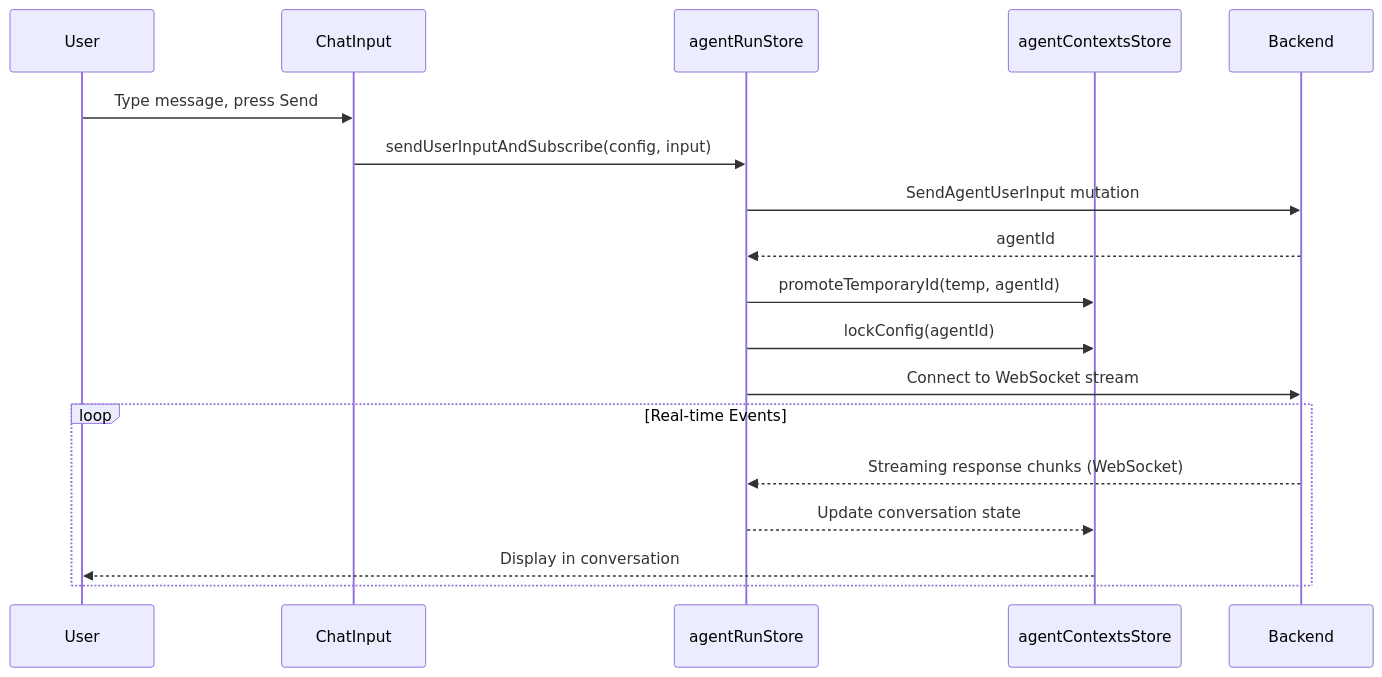
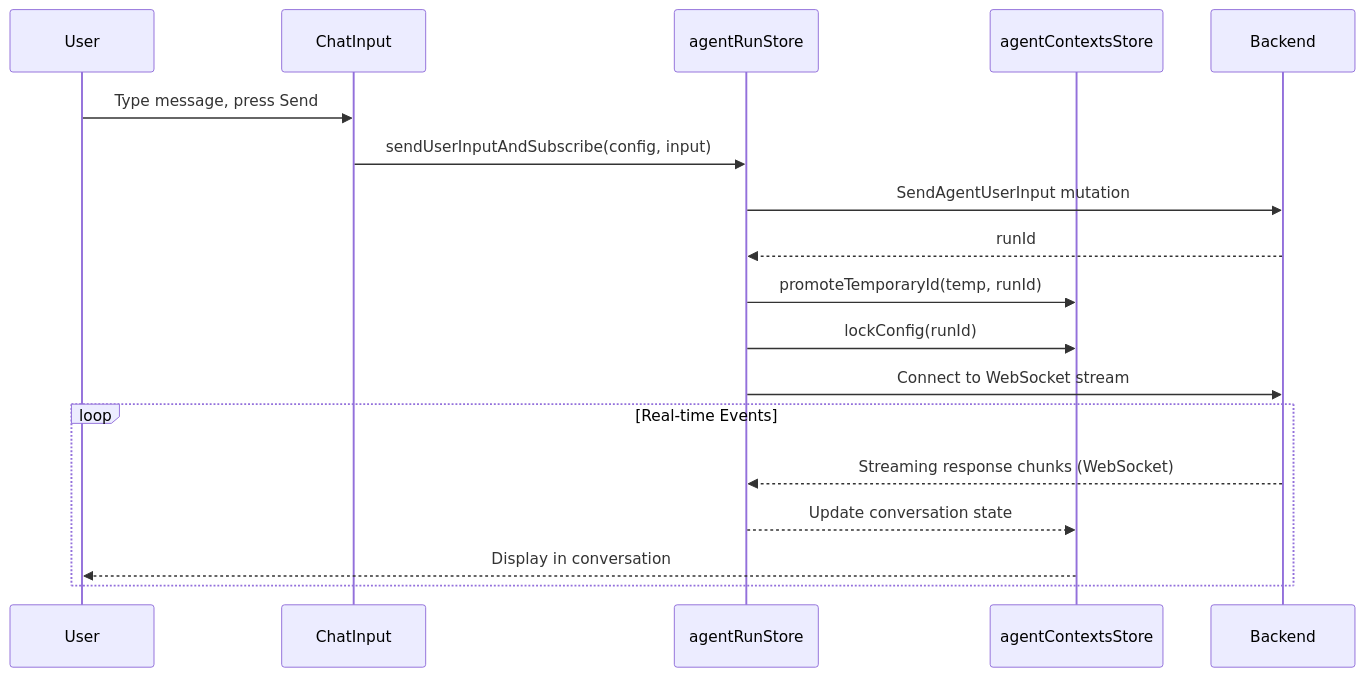
Before and after one commit to AutoByteus/autobyteus-workspace: the third of 3 diagrams in autobyteus-web/docs/agent_management.md, drawn with Mermaid. The commit also changed other lines of this file and 87 other files, not shown here.

````diff
--- a/autobyteus-web/docs/agent_management.md
+++ b/autobyteus-web/docs/agent_management.md
@@ -248,22 +248,22 @@
 ```mermaid
 sequenceDiagram
     participant User
     participant ChatInput
     participant RunStore as agentRunStore
     participant ContextsStore as agentContextsStore
     participant Backend
 
     User->>ChatInput: Type message, press Send
     ChatInput->>RunStore: sendUserInputAndSubscribe(config, input)
     RunStore->>Backend: SendAgentUserInput mutation
-    Backend-->>RunStore: agentId
-    RunStore->>ContextsStore: promoteTemporaryId(temp, agentId)
-    RunStore->>ContextsStore: lockConfig(agentId)
+    Backend-->>RunStore: runId
+    RunStore->>ContextsStore: promoteTemporaryId(temp, runId)
+    RunStore->>ContextsStore: lockConfig(runId)
     RunStore->>Backend: Connect to WebSocket stream
 
     loop Real-time Events
         Backend-->>RunStore: Streaming response chunks (WebSocket)
         RunStore-->>ContextsStore: Update conversation state
         ContextsStore-->>User: Display in conversation
     end
 ```
````
